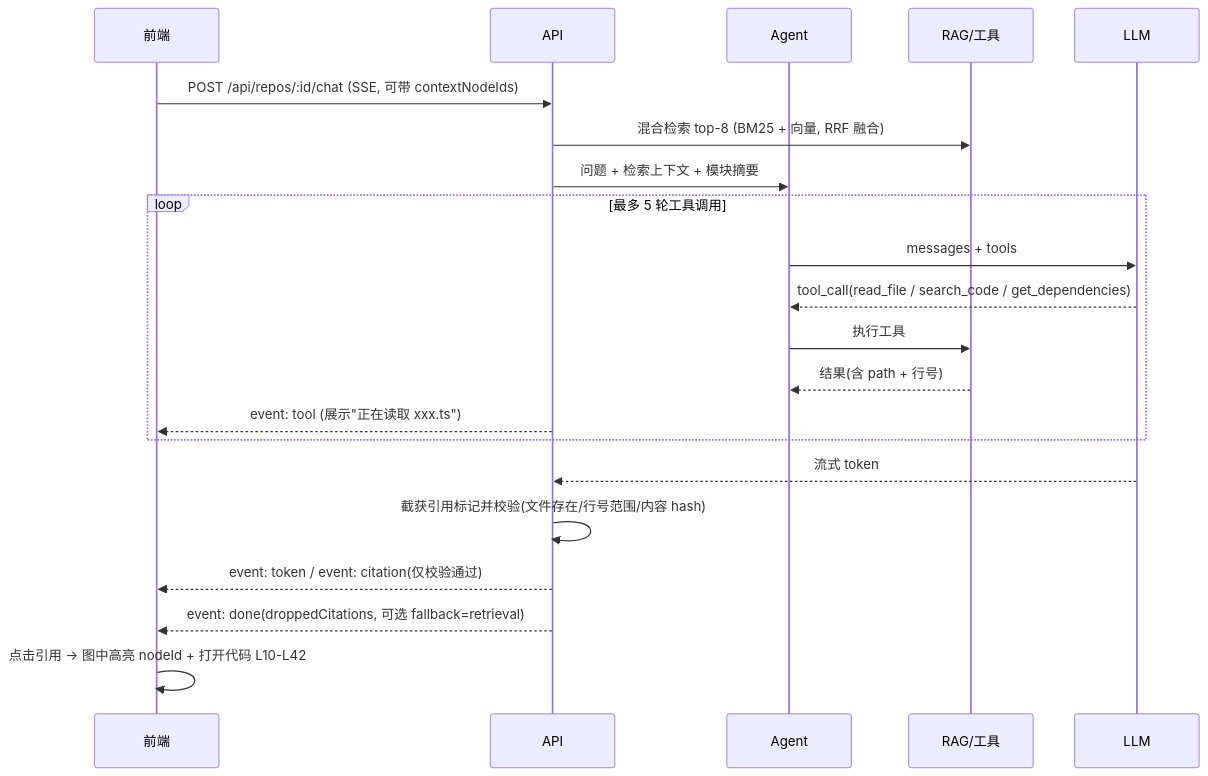
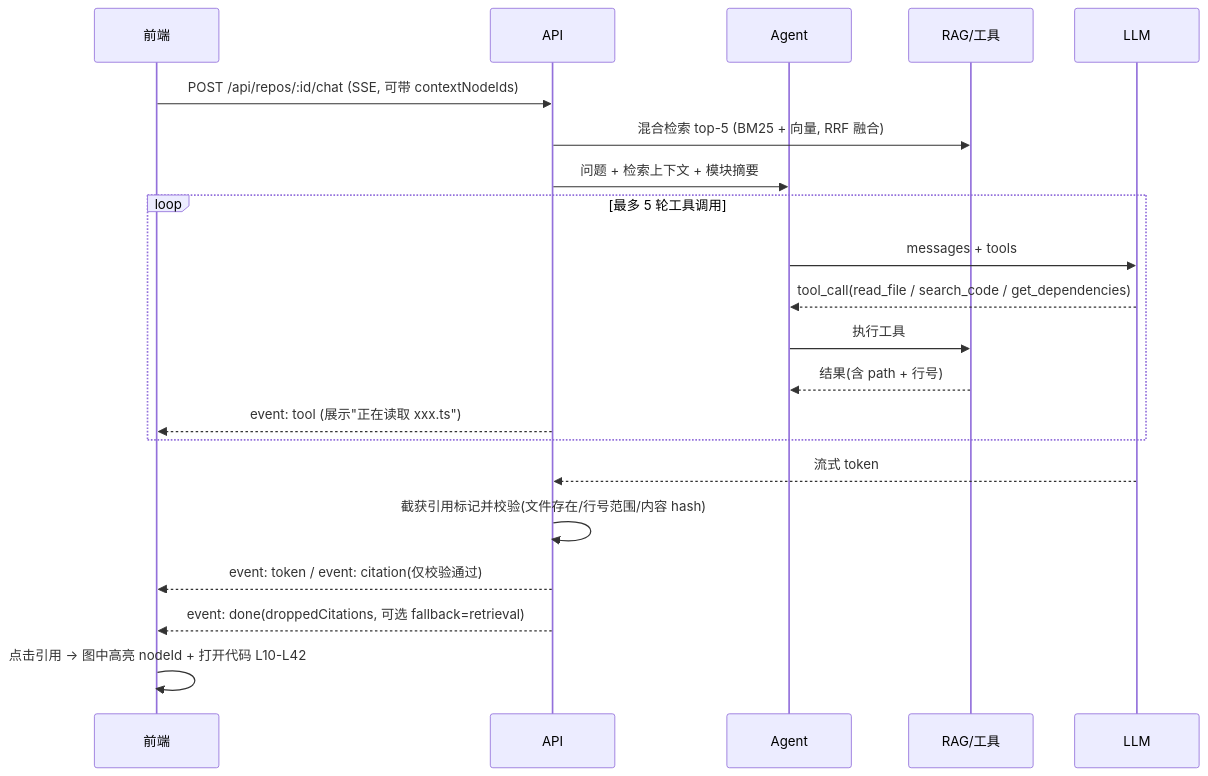
One commit to Akarin7784/repo-lens changed the third of 3 diagrams in docs/ARCHITECTURE.md. Above: the diagram before and after it, drawn with Mermaid. The commit also changed other lines of this file and 3 other files, not shown here.

Commit message:
feat(shared): tighten ChatRequestSchema and sync chat docs

````diff
--- a/docs/ARCHITECTURE.md
+++ b/docs/ARCHITECTURE.md
@@ -131,23 +131,23 @@
 ```mermaid
 sequenceDiagram
   participant U as 前端
   participant A as API
   participant G as Agent
   participant R as RAG/工具
   participant L as LLM
   U->>A: POST /api/repos/:id/chat (SSE, 可带 contextNodeIds)
-  A->>R: 混合检索 top-8 (BM25 + 向量, RRF 融合)
+  A->>R: 混合检索 top-5 (BM25 + 向量, RRF 融合)
   A->>G: 问题 + 检索上下文 + 模块摘要
   loop 最多 5 轮工具调用
     G->>L: messages + tools
     L-->>G: tool_call(read_file / search_code / get_dependencies)
     G->>R: 执行工具
     R-->>G: 结果(含 path + 行号)
     A-->>U: event: tool (展示"正在读取 xxx.ts")
   end
   L-->>A: 流式 token
   A->>A: 截获引用标记并校验(文件存在/行号范围/内容 hash)
   A-->>U: event: token / event: citation(仅校验通过)
   A-->>U: event: done(droppedCitations, 可选 fallback=retrieval)
   U->>U: 点击引用 → 图中高亮 nodeId + 打开代码 L10-L42
 ```
````
